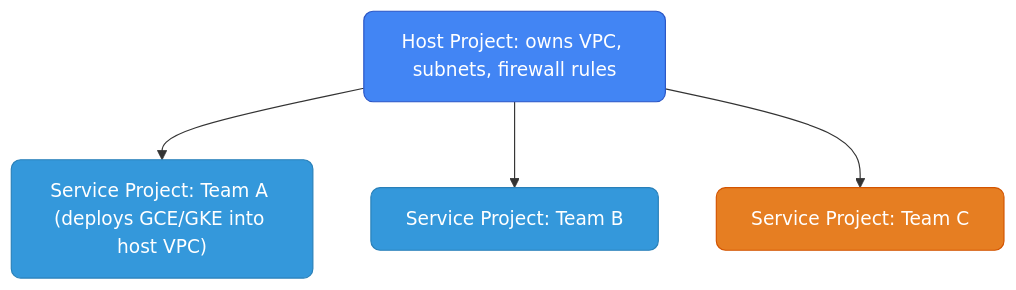
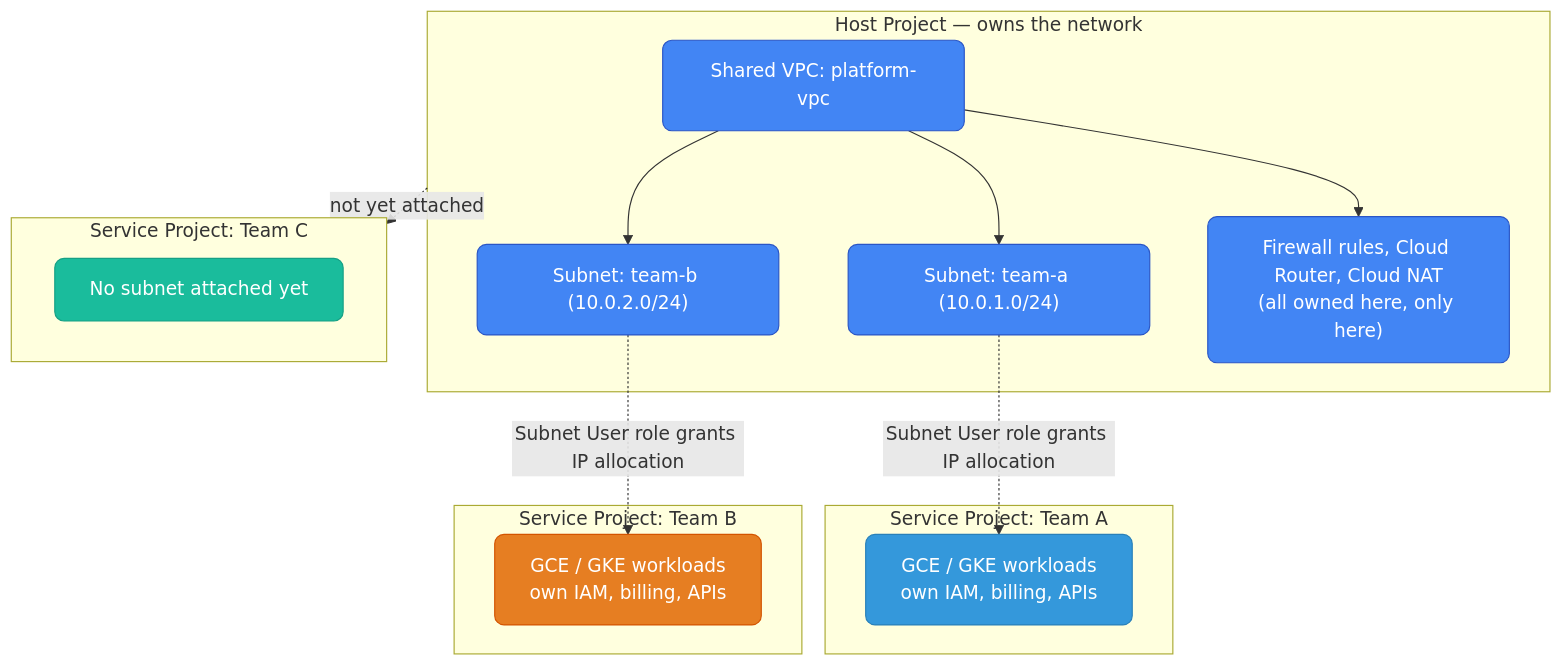
Before and after one commit to deepanshu-rawat6/DevOpsIndex: the seventh of 9 diagrams in gcp/README.md, drawn with Mermaid. The commit also changed other lines of this file and 14 other files, not shown here.

````diff
--- a/gcp/README.md
+++ b/gcp/README.md
@@ -285,15 +461,31 @@
 ```mermaid
 graph TD
     classDef blue fill:#3498db,stroke:#2980b9,color:#fff,rx:8
     classDef gcp fill:#4285f4,stroke:#2a56c6,color:#fff,rx:8
     classDef orange fill:#e67e22,stroke:#d35400,color:#fff,rx:8
+    classDef teal fill:#1abc9c,stroke:#16a085,color:#fff,rx:8
 
-    HOST["Host Project: owns VPC, subnets, firewall rules"]:::gcp
-    SP1["Service Project: Team A (deploys GCE/GKE into host VPC)"]:::blue
-    SP2["Service Project: Team B"]:::blue
-    SP3["Service Project: Team C"]:::orange
+    subgraph HOSTPROJ["Host Project — owns the network"]
+        VPC["Shared VPC: platform-vpc"]:::gcp
+        SUB1["Subnet: team-a (10.0.1.0/24)"]:::gcp
+        SUB2["Subnet: team-b (10.0.2.0/24)"]:::gcp
+        FW["Firewall rules, Cloud Router, Cloud NAT<br/>(all owned here, only here)"]:::gcp
+        VPC --> SUB1
+        VPC --> SUB2
+        VPC --> FW
+    end
 
-    HOST --> SP1
-    HOST --> SP2
-    HOST --> SP3
+    subgraph SP1["Service Project: Team A"]
+        WL1["GCE / GKE workloads<br/>own IAM, billing, APIs"]:::blue
+    end
+    subgraph SP2["Service Project: Team B"]
+        WL2["GCE / GKE workloads<br/>own IAM, billing, APIs"]:::orange
+    end
+    subgraph SP3["Service Project: Team C"]
+        WL3["No subnet attached yet"]:::teal
+    end
+
+    SUB1 -.->|"Subnet User role grants IP allocation"| WL1
+    SUB2 -.->|"Subnet User role grants IP allocation"| WL2
+    HOSTPROJ -.->|"not yet attached"| SP3
 ```
````
